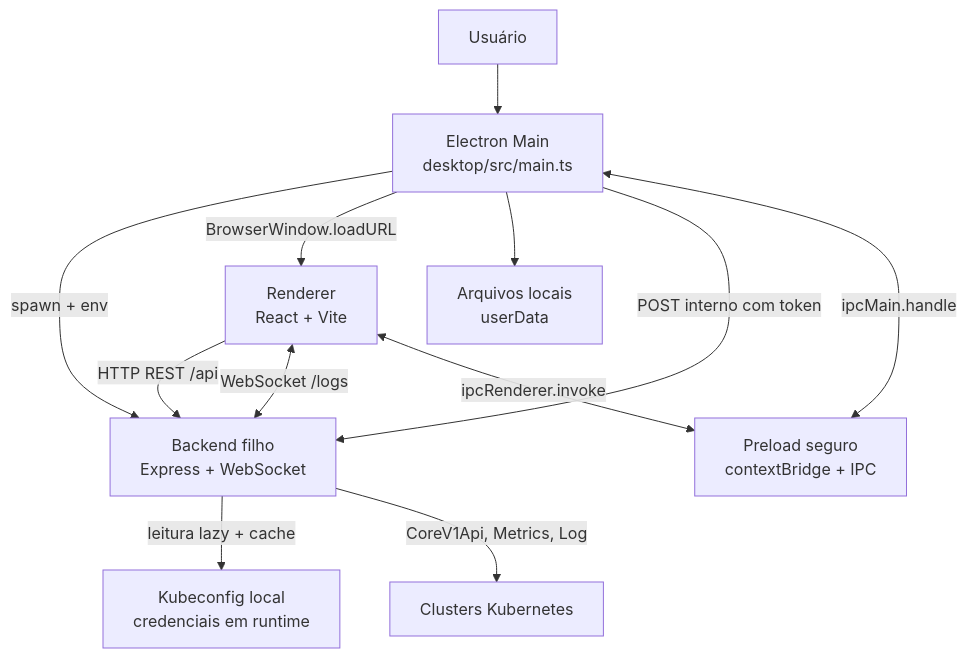
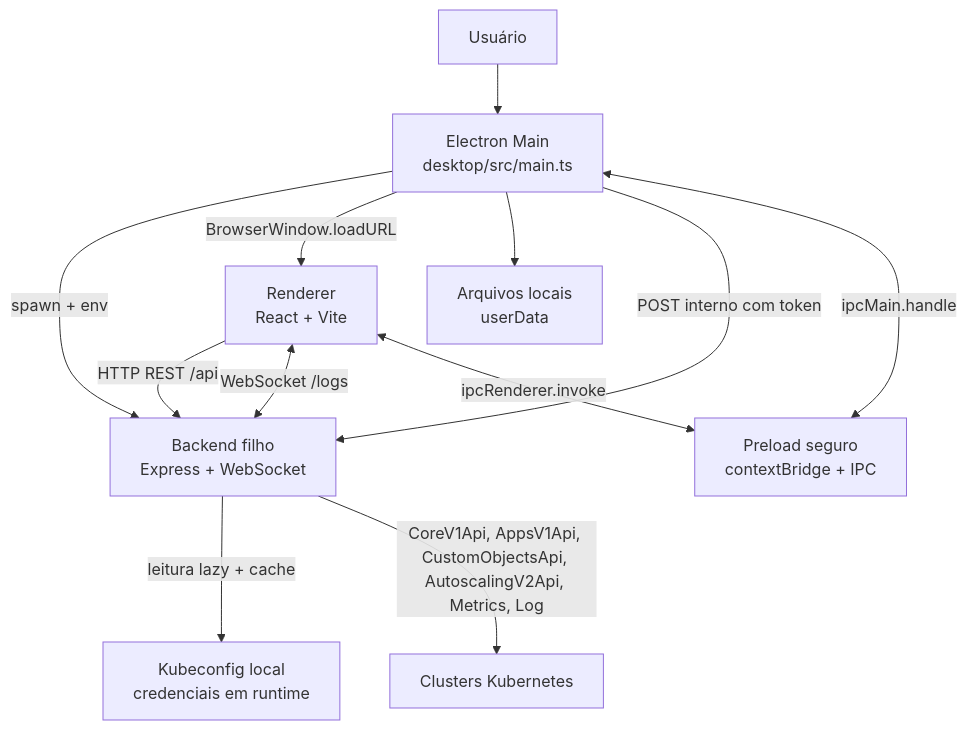
The first of 2 diagrams in docs/TECH-DEFINITION.md (idd-galcantara/ops-union), drawn with Mermaid before and after one commit. The commit also changed other lines of this file and 15 other files, not shown here.

````diff
--- a/docs/TECH-DEFINITION.md
+++ b/docs/TECH-DEFINITION.md
@@ -44,23 +44,23 @@
 ```mermaid
 flowchart TB
   User[Usuário]
   Main[Electron Main\ndesktop/src/main.ts]
   Preload[Preload seguro\ncontextBridge + IPC]
   Renderer[Renderer\nReact + Vite]
   Backend[Backend filho\nExpress + WebSocket]
   KubeConfig[Kubeconfig local\ncredenciais em runtime]
   Kubernetes[Clusters Kubernetes]
   Files[Arquivos locais\nuserData]
 
   User --> Main
   Main -->|spawn + env| Backend
   Main -->|BrowserWindow.loadURL| Renderer
   Renderer -->|HTTP REST /api| Backend
   Renderer <-->|WebSocket /logs| Backend
   Renderer <-->|ipcRenderer.invoke| Preload
   Preload <-->|ipcMain.handle| Main
   Main --> Files
   Main -->|POST interno com token| Backend
   Backend -->|leitura lazy + cache| KubeConfig
-  Backend -->|CoreV1Api, Metrics, Log| Kubernetes
+  Backend -->|CoreV1Api, AppsV1Api, CustomObjectsApi, AutoscalingV2Api, Metrics, Log| Kubernetes
 ```
````
